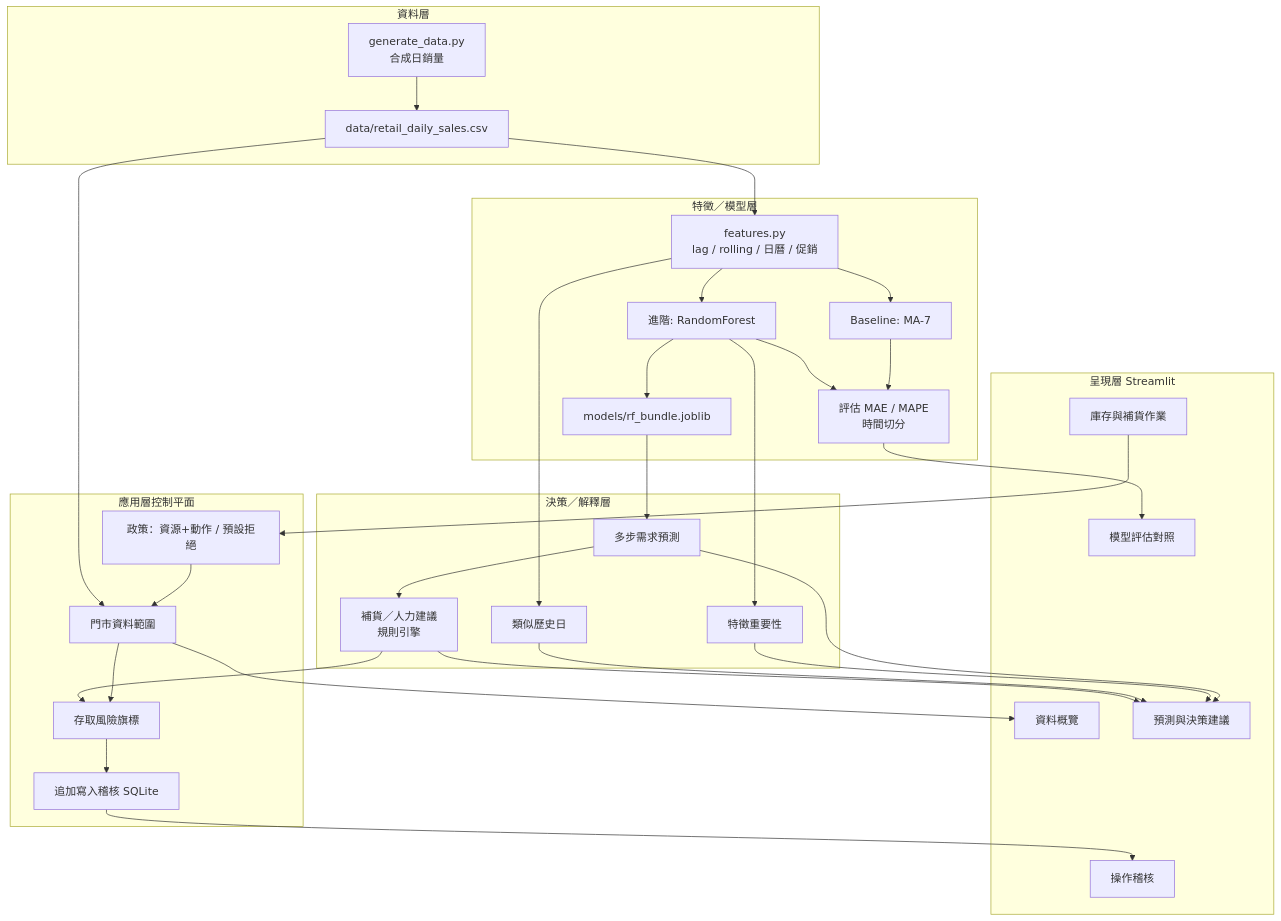
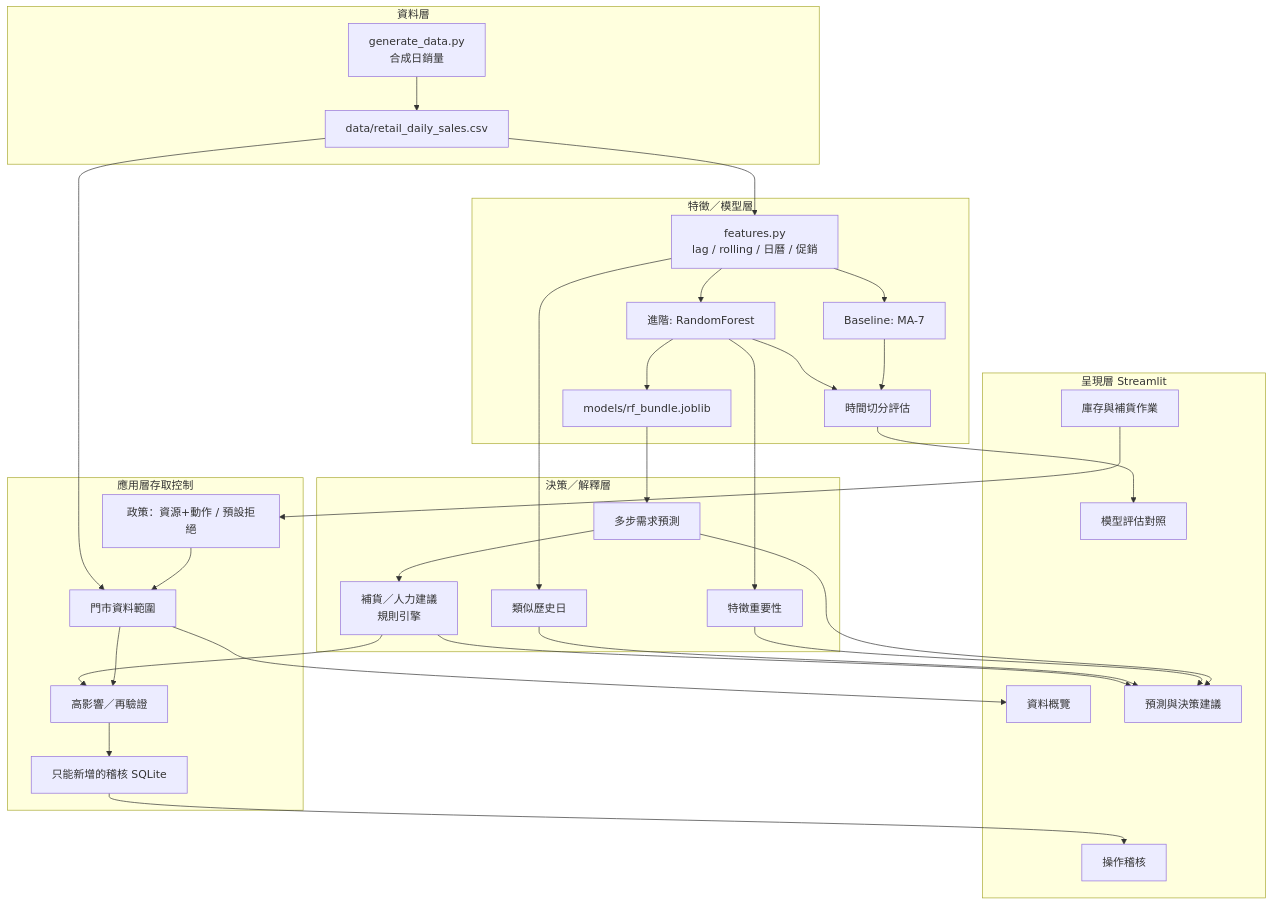
One commit to Miiduoa/retail-ops-dss changed the diagram in docs/架構說明.md. Above: the diagram before and after it, drawn with Mermaid. The commit also changed other lines of this file and 4 other files, not shown here.

````diff
--- a/docs/架構說明.md
+++ b/docs/架構說明.md
@@ -9,61 +9,61 @@
 ```mermaid
 flowchart TB
   subgraph Data["資料層"]
     GEN["generate_data.py<br/>合成日銷量"]
     CSV["data/retail_daily_sales.csv"]
     GEN --> CSV
   end
 
   subgraph ML["特徵／模型層"]
     FE["features.py<br/>lag / rolling / 日曆 / 促銷"]
     BL["Baseline: MA-7"]
     RF["進階: RandomForest"]
-    EVAL["評估 MAE / MAPE<br/>時間切分"]
+    EVAL["時間切分評估"]
     CACHE["models/rf_bundle.joblib"]
     CSV --> FE
     FE --> BL
     FE --> RF
     BL --> EVAL
     RF --> EVAL
     RF --> CACHE
   end
 
   subgraph DSS["決策／解釋層"]
     FC["多步需求預測"]
     IMP["特徵重要性"]
     SIM["類似歷史日"]
     REC["補貨／人力建議<br/>規則引擎"]
     CACHE --> FC
     RF --> IMP
     FE --> SIM
     FC --> REC
   end
 
-  subgraph Access["應用層控制平面"]
+  subgraph Access["應用層存取控制"]
     PDP["政策：資源+動作 / 預設拒絕"]
     SCOPE["門市資料範圍"]
-    RISK["存取風險旗標"]
-    AUD["追加寫入稽核 SQLite"]
+    RISK["高影響／再驗證"]
+    AUD["只能新增的稽核 SQLite"]
     PDP --> SCOPE
     SCOPE --> RISK
     RISK --> AUD
   end
 
   subgraph UI["呈現層 Streamlit"]
     P1["資料概覽"]
     P2["預測與決策建議"]
     P3["庫存與補貨作業"]
     P4["模型評估對照"]
     P5["操作稽核"]
     FC --> P2
     IMP --> P2
     SIM --> P2
     REC --> P2
     REC --> RISK
     EVAL --> P4
     CSV --> SCOPE
     SCOPE --> P1
     AUD --> P5
     P3 --> PDP
   end
 ```
````
